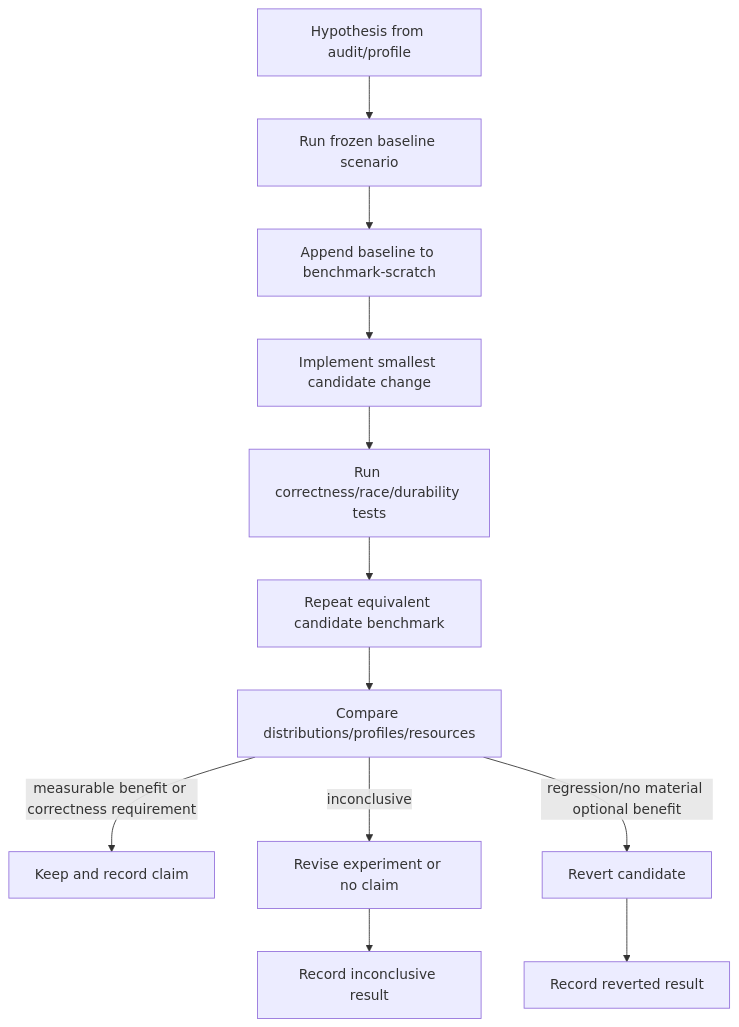
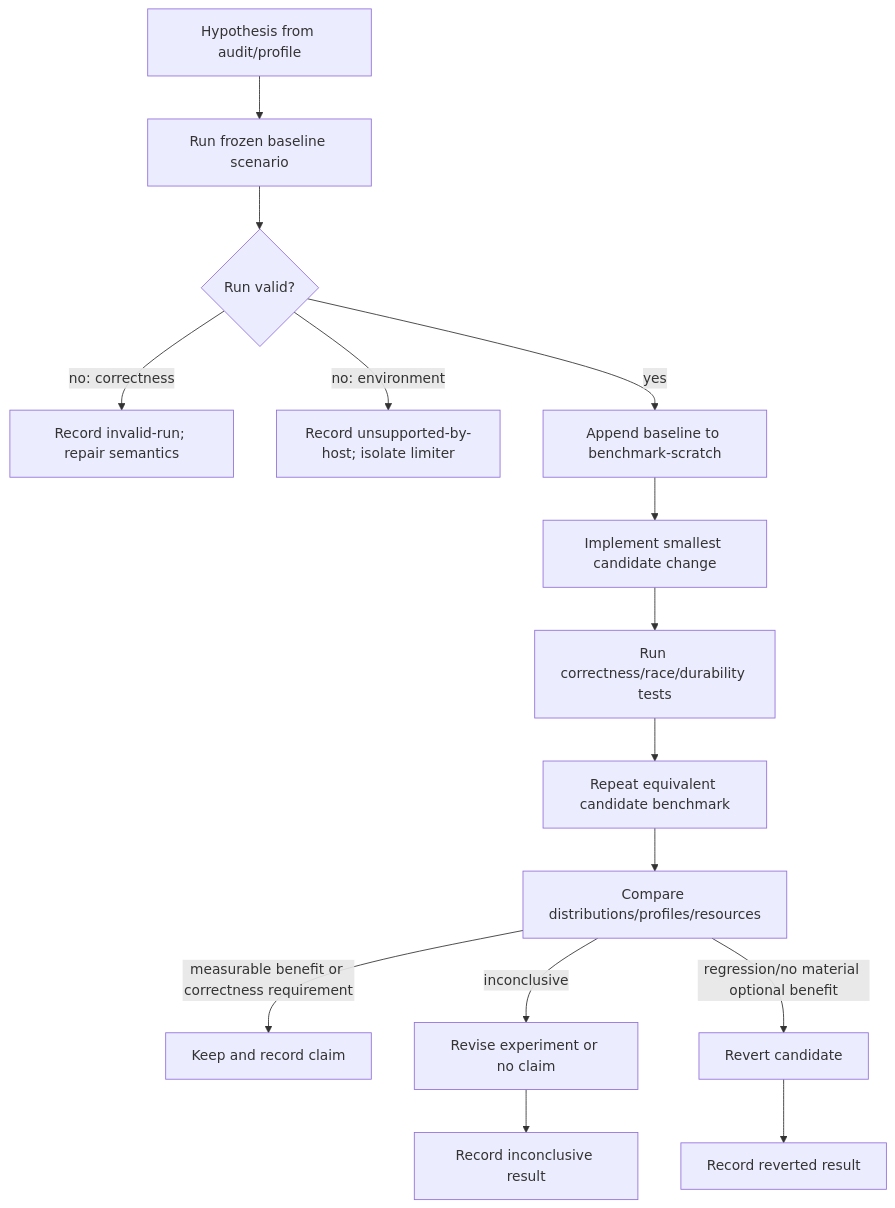
Before and after one commit to matdev83/go-llm-interactive-proxy: the third of 8 diagrams in .kiro/specs/high-concurrency-performance-hardening/design.md, drawn with Mermaid. The commit also changed other lines of this file, not shown here.

````diff
--- a/.kiro/specs/high-concurrency-performance-hardening/design.md
+++ b/.kiro/specs/high-concurrency-performance-hardening/design.md
@@ -191,14 +200,17 @@
 ```mermaid
 flowchart TD
     H[Hypothesis from audit/profile] --> B[Run frozen baseline scenario]
-    B --> S[Append baseline to benchmark-scratch]
+    B --> Q{Run valid?}
+    Q -->|no: correctness| I[Record invalid-run; repair semantics]
+    Q -->|no: environment| U[Record unsupported-by-host; isolate limiter]
+    Q -->|yes| S[Append baseline to benchmark-scratch]
     S --> C[Implement smallest candidate change]
     C --> T[Run correctness/race/durability tests]
     T --> A[Repeat equivalent candidate benchmark]
     A --> X[Compare distributions/profiles/resources]
     X -->|measurable benefit or correctness requirement| K[Keep and record claim]
-    X -->|inconclusive| I[Revise experiment or no claim]
+    X -->|inconclusive| J[Revise experiment or no claim]
     X -->|regression/no material optional benefit| V[Revert candidate]
-    I --> S2[Record inconclusive result]
+    J --> S2[Record inconclusive result]
     V --> S3[Record reverted result]
 ```
````
